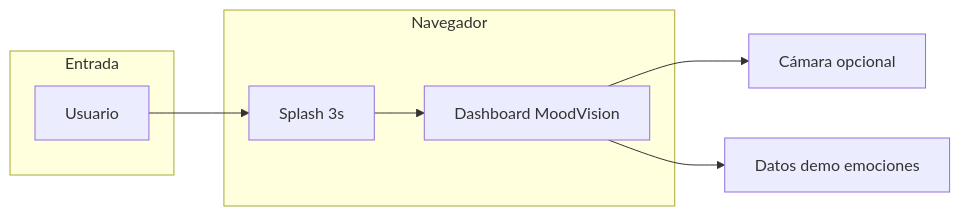
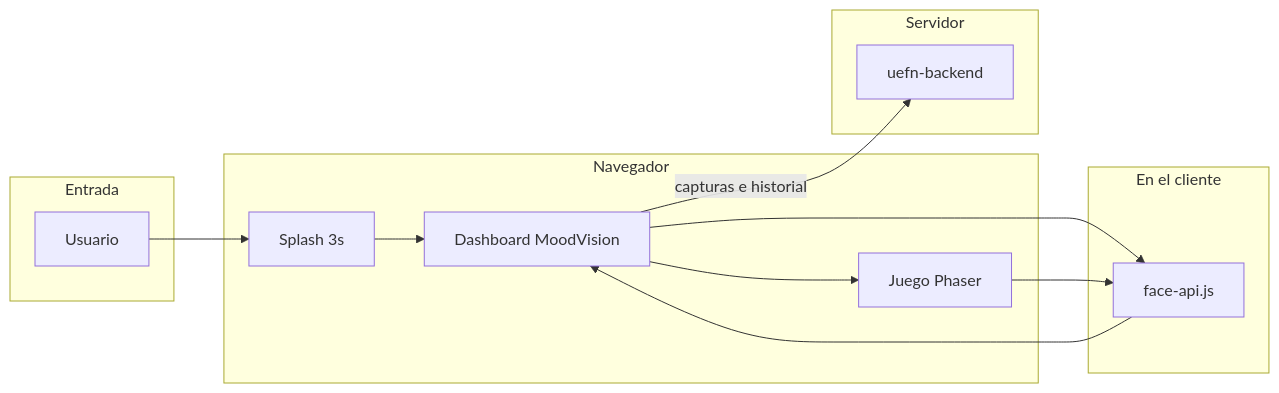
Before and after one commit to jjmirandaa86/uefn-frontend: the first of 8 diagrams in README.md, drawn with Mermaid. The commit also changed other lines of this file and 4 other files, not shown here.

````diff
--- a/README.md
+++ b/README.md
@@ -22,13 +24,23 @@
 ```mermaid
 flowchart LR
   subgraph Entrada["Entrada"]
     U[Usuario]
   end
   subgraph App["Navegador"]
     S[Splash 3s]
     D[Dashboard MoodVision]
+    G[Juego Phaser]
+  end
+  subgraph IA["En el cliente"]
+    F[face-api.js]
+  end
+  subgraph API["Servidor"]
+    B[uefn-backend]
   end
   U --> S --> D
-  D --> Cam[Cámara opcional]
-  D --> Dat[Datos demo emociones]
+  D --> F
+  F --> D
+  D -->|capturas e historial| B
+  D --> G
+  G --> F
 ```
````
